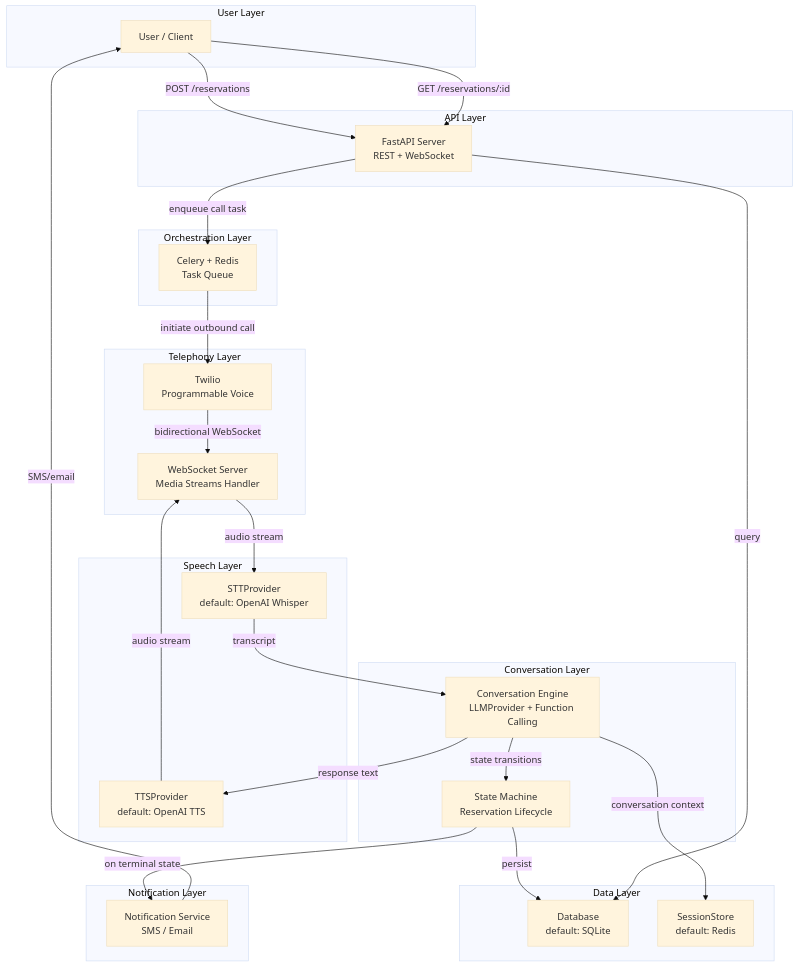
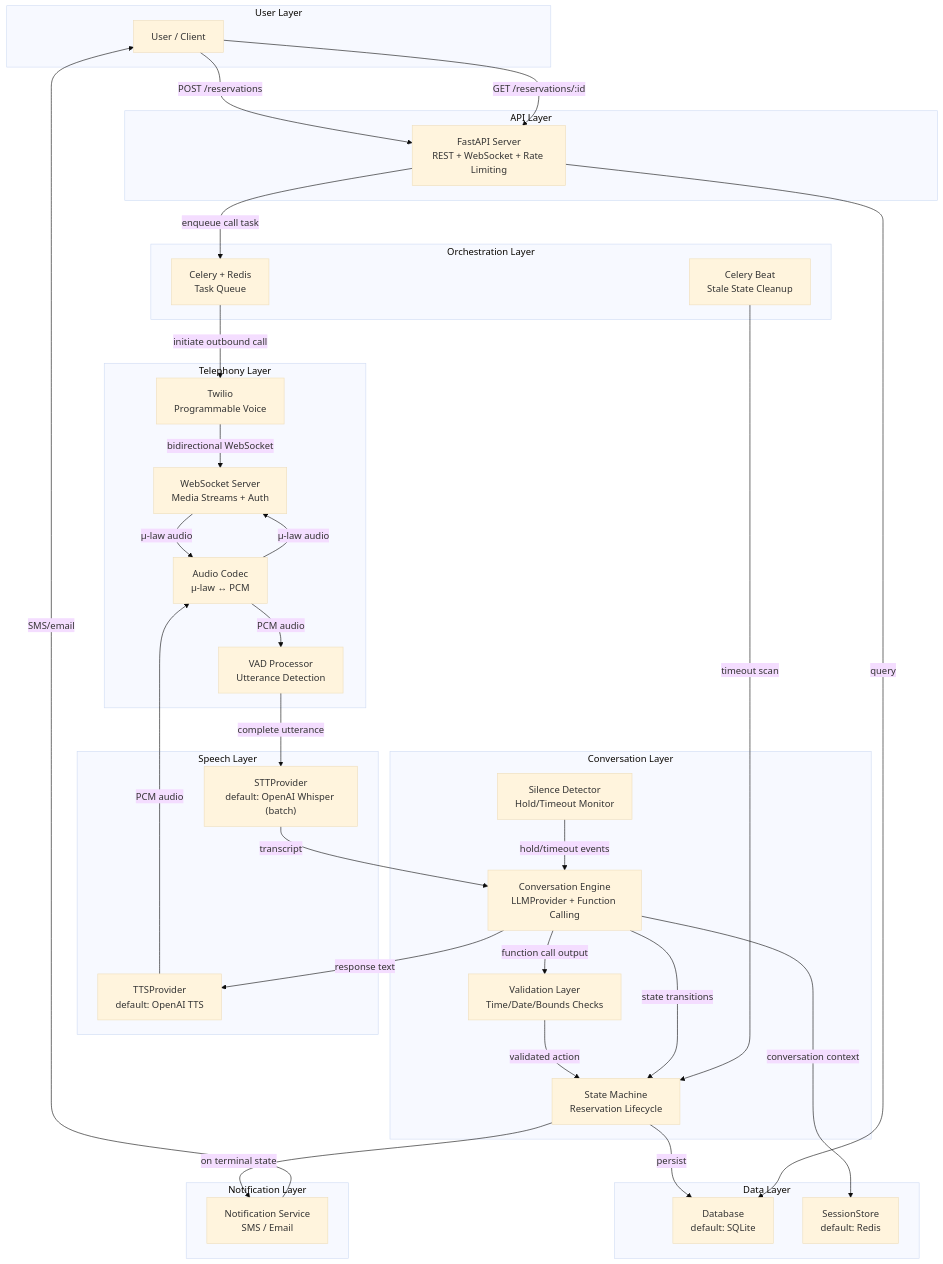
Before and after one commit to paihanhuang/restaurant-reservation: the first of 2 diagrams in Implementation Plan/architecture_design.md, drawn with Mermaid (base theme). The commit also changed other lines of this file, not shown here.

First line of the commit message:
docs: revise architecture (v2) - address all 17 critique items

````diff
--- a/Implementation Plan/architecture_design.md
+++ b/Implementation Plan/architecture_design.md
@@ -245,54 +295,66 @@
 ```mermaid
 graph TB
     subgraph User Layer
         USER[User / Client]
     end
 
     subgraph API Layer
-        API[FastAPI Server<br/>REST + WebSocket]
+        API["FastAPI Server<br/>REST + WebSocket + Rate Limiting"]
     end
 
     subgraph Orchestration Layer
         QUEUE[Celery + Redis<br/>Task Queue]
+        BEAT[Celery Beat<br/>Stale State Cleanup]
     end
 
     subgraph Telephony Layer
         TWILIO[Twilio<br/>Programmable Voice]
-        WS[WebSocket Server<br/>Media Streams Handler]
+        WS["WebSocket Server<br/>Media Streams + Auth"]
+        CODEC[Audio Codec<br/>µ-law ↔ PCM]
+        VAD[VAD Processor<br/>Utterance Detection]
     end
 
     subgraph Speech Layer
-        STT[STTProvider<br/>default: OpenAI Whisper]
+        STT["STTProvider<br/>default: OpenAI Whisper (batch)"]
         TTS[TTSProvider<br/>default: OpenAI TTS]
     end
 
     subgraph Conversation Layer
         ENGINE[Conversation Engine<br/>LLMProvider + Function Calling]
+        VALIDATE[Validation Layer<br/>Time/Date/Bounds Checks]
         SM[State Machine<br/>Reservation Lifecycle]
+        SILENCE[Silence Detector<br/>Hold/Timeout Monitor]
     end
 
     subgraph Data Layer
         DB["Database<br/>default: SQLite"]
         SESSION["SessionStore<br/>default: Redis"]
     end
 
     subgraph Notification Layer
         NOTIFY[Notification Service<br/>SMS / Email]
     end
 
     USER -->|POST /reservations| API
     USER -->|GET /reservations/:id| API
     API -->|enqueue call task| QUEUE
     QUEUE -->|initiate outbound call| TWILIO
     TWILIO -->|bidirectional WebSocket| WS
-    WS -->|audio stream| STT
+    WS -->|µ-law audio| CODEC
+    CODEC -->|PCM audio| VAD
+    VAD -->|complete utterance| STT
     STT -->|transcript| ENGINE
+    ENGINE -->|function call output| VALIDATE
+    VALIDATE -->|validated action| SM
     ENGINE -->|response text| TTS
-    TTS -->|audio stream| WS
+    TTS -->|PCM audio| CODEC
+    CODEC -->|µ-law audio| WS
     ENGINE -->|state transitions| SM
     SM -->|persist| DB
     ENGINE -->|conversation context| SESSION
     SM -->|on terminal state| NOTIFY
     NOTIFY -->|SMS/email| USER
     API -->|query| DB
+    BEAT -->|timeout scan| SM
+    SILENCE -->|hold/timeout events| ENGINE
 ```
````
